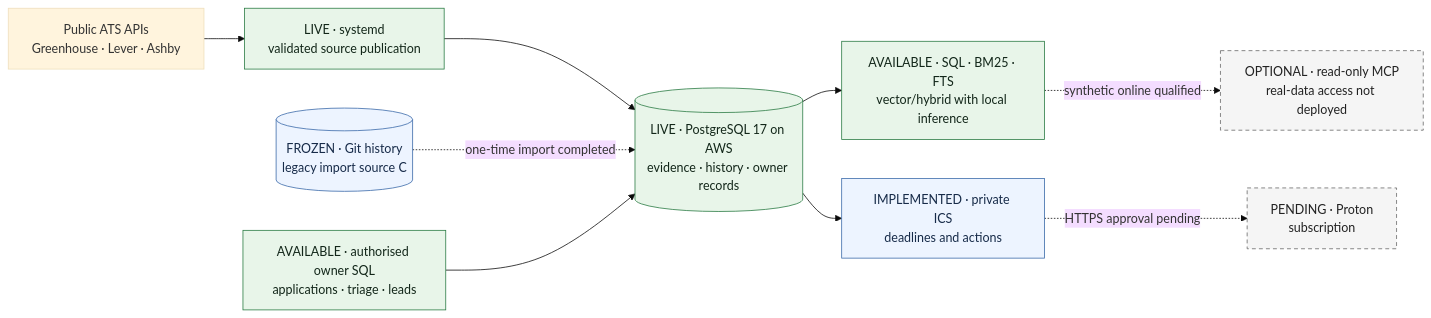
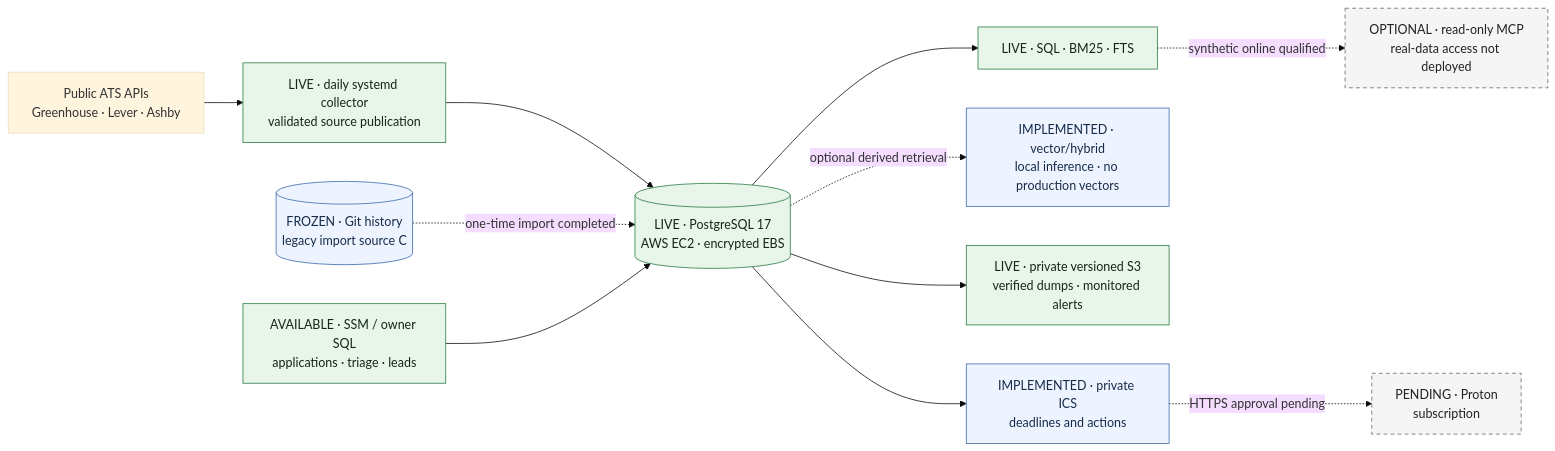
One commit to keremnv/grad-job-tracker changed the diagram in README.md. Above: the diagram before and after it, drawn with Mermaid (base theme). The commit also changed other lines of this file and 12 other files, not shown here.

````diff
--- a/README.md
+++ b/README.md
@@ -39,19 +40,21 @@
 ```mermaid
 flowchart LR
     ATS["Public ATS APIs<br/>Greenhouse · Lever · Ashby"]
-    ATS --> PUBLISH["LIVE · systemd<br/>validated source publication"]
-    PUBLISH --> PG[("LIVE · PostgreSQL 17 on AWS<br/>evidence · history · owner records")]
+    ATS --> PUBLISH["LIVE · daily systemd collector<br/>validated source publication"]
+    PUBLISH --> PG[("LIVE · PostgreSQL 17<br/>AWS EC2 · encrypted EBS")]
     FILES[("FROZEN · Git history<br/>legacy import source C")] -. "one-time import completed" .-> PG
-    OWNER["AVAILABLE · authorised owner SQL<br/>applications · triage · leads"] --> PG
-    PG --> RESEARCH["AVAILABLE · SQL · BM25 · FTS<br/>vector/hybrid with local inference"]
+    OWNER["AVAILABLE · SSM / owner SQL<br/>applications · triage · leads"] --> PG
+    PG --> RESEARCH["LIVE · SQL · BM25 · FTS"]
+    PG -. "optional derived retrieval" .-> VECTOR["IMPLEMENTED · vector/hybrid<br/>local inference · no production vectors"]
     RESEARCH -. "synthetic online qualified" .-> MCP["OPTIONAL · read-only MCP<br/>real-data access not deployed"]
+    PG --> BACKUP["LIVE · private versioned S3<br/>verified dumps · monitored alerts"]
     PG --> ICS["IMPLEMENTED · private ICS<br/>deadlines and actions"]
     ICS -. "HTTPS approval pending" .-> PROTON["PENDING · Proton<br/>subscription"]
 
     classDef live fill:#e8f5e9,stroke:#287a42,color:#122619
     classDef qualified fill:#edf4ff,stroke:#3868a8,color:#172b49
     classDef pending fill:#f5f5f5,stroke:#666,color:#222,stroke-dasharray:5 4
-    class PG,OWNER,RESEARCH,PUBLISH live
-    class FILES,ICS qualified
+    class PG,OWNER,RESEARCH,PUBLISH,BACKUP live
+    class FILES,ICS,VECTOR qualified
     class MCP,PROTON pending
 ```
````
